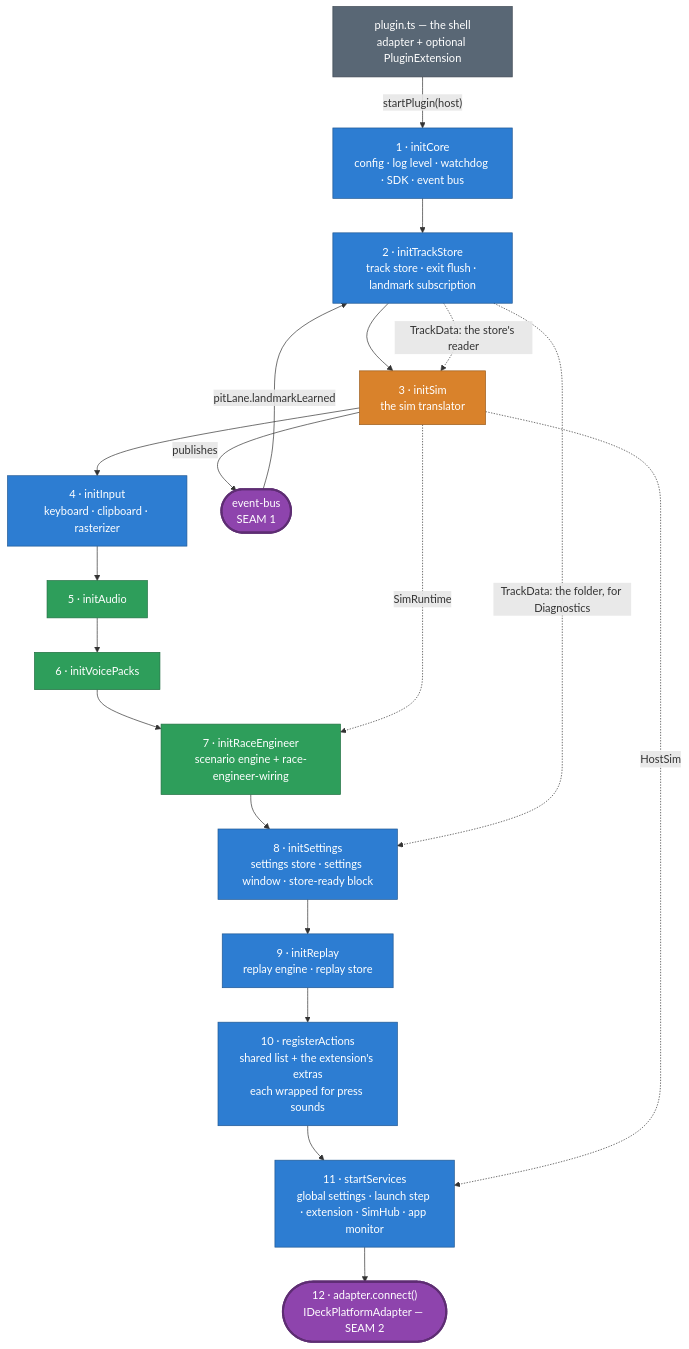
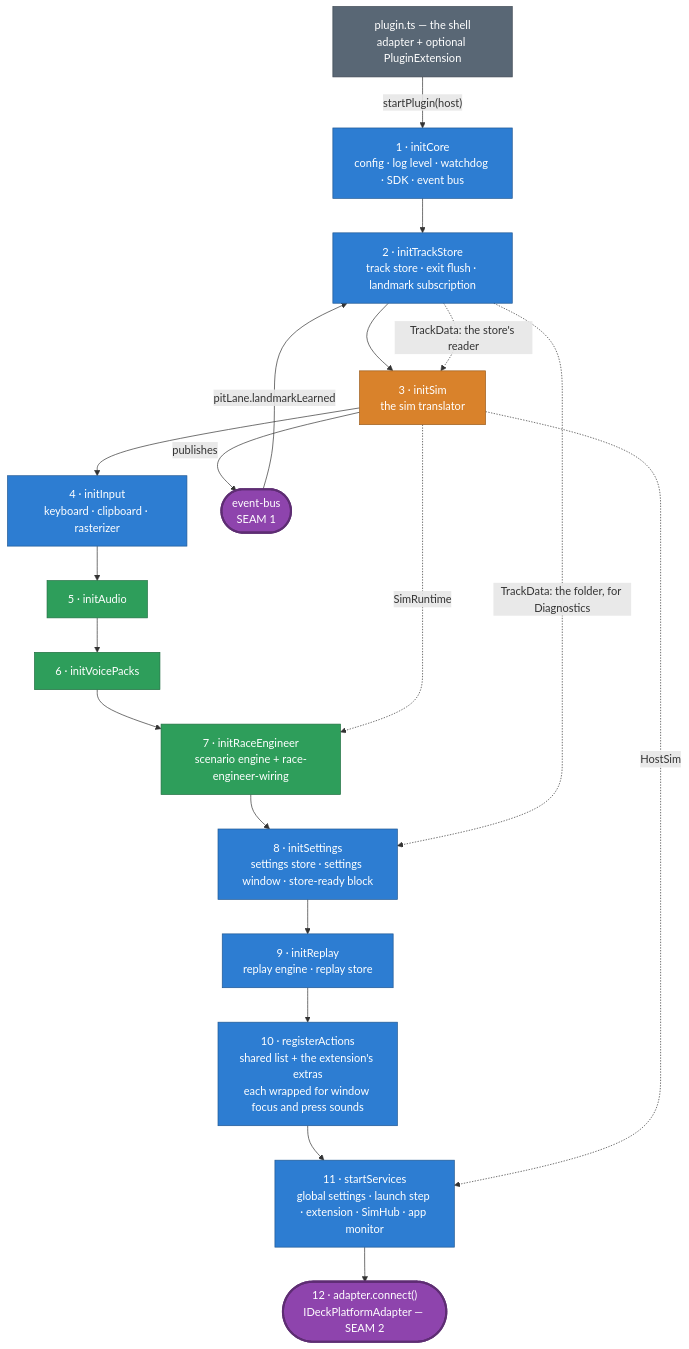
Before and after one commit to niklam/iracedeck: the eighth of 9 diagrams in packages/website/src/content/docs/docs/development/architecture.md, drawn with Mermaid. The commit also changed other lines of this file and 49 other files, not shown here.

````diff
--- a/packages/website/src/content/docs/docs/development/architecture.md
+++ b/packages/website/src/content/docs/docs/development/architecture.md
@@ -324,32 +324,32 @@
 ```mermaid
 flowchart TB
   shell["plugin.ts — the shell<br/>adapter + optional PluginExtension"]:::plugin
   p1["1 · initCore<br/>config · log level · watchdog · SDK · event bus"]:::core
   p2["2 · initTrackStore<br/>track store · exit flush · landmark subscription"]:::core
   p3["3 · initSim<br/>the sim translator"]:::sim
   p4["4 · initInput<br/>keyboard · clipboard · rasterizer"]:::core
   p5["5 · initAudio"]:::audio
   p6["6 · initVoicePacks"]:::audio
   p7["7 · initRaceEngineer<br/>scenario engine + race-engineer-wiring"]:::audio
   p8["8 · initSettings<br/>settings store · settings window · store-ready block"]:::core
   p9["9 · initReplay<br/>replay engine · replay store"]:::core
-  p10["10 · registerActions<br/>shared list + the extension's extras<br/>each wrapped for press sounds"]:::core
+  p10["10 · registerActions<br/>shared list + the extension's extras<br/>each wrapped for window focus and press sounds"]:::core
   p11["11 · startServices<br/>global settings · launch step · extension · SimHub · app monitor"]:::core
   p12(["12 · adapter.connect()<br/>IDeckPlatformAdapter — SEAM 2"]):::seam
   bus(["event-bus<br/>SEAM 1"]):::seam
 
   shell -->|"startPlugin(host)"| p1
   p1 --> p2 --> p3 --> p4 --> p5 --> p6 --> p7 --> p8 --> p9 --> p10 --> p11 --> p12
   p3 -->|"publishes"| bus
   bus -->|"pitLane.landmarkLearned"| p2
   p2 -.->|"TrackData: the store's reader"| p3
   p2 -.->|"TrackData: the folder, for Diagnostics"| p8
   p3 -.->|"SimRuntime"| p7
   p3 -.->|"HostSim"| p11
 
   classDef sim fill:#d9822b,color:#fff,stroke:#9c5e1f;
   classDef seam fill:#8e44ad,color:#fff,stroke:#5e2d73,stroke-width:3px;
   classDef core fill:#2d7dd2,color:#fff,stroke:#1f5793;
   classDef audio fill:#2e9e5b,color:#fff,stroke:#1f6e40;
   classDef plugin fill:#596775,color:#fff,stroke:#3c4651;
 ```
````
